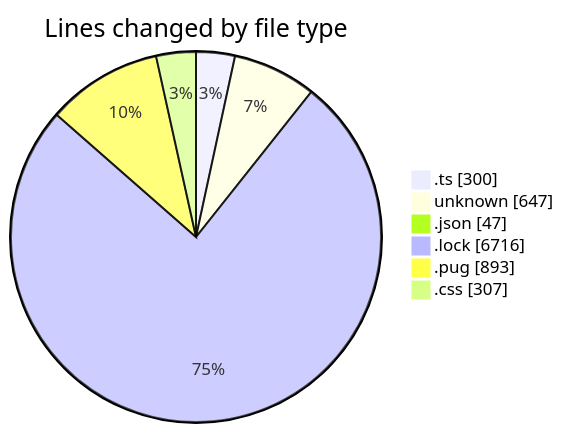
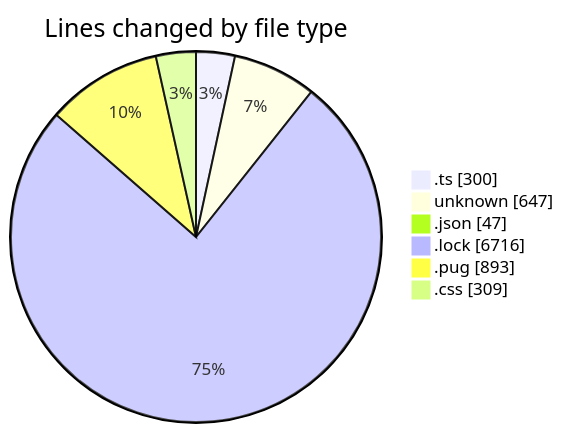
The first of 2 diagrams in 2026-05-22/cda/README.md (momahboobian/code-tracking), drawn with Mermaid before and after one commit. The commit also changed other lines of this file and 1 other file, not shown here.

````diff
--- a/2026-05-22/cda/README.md
+++ b/2026-05-22/cda/README.md
@@ -30,10 +30,10 @@
 ```mermaid
 pie showData
 title Lines changed by file type
 ".ts" : 300
 "unknown" : 647
 ".json" : 47
 ".lock" : 6716
 ".pug" : 893
-".css" : 307
+".css" : 309
 ```
````
